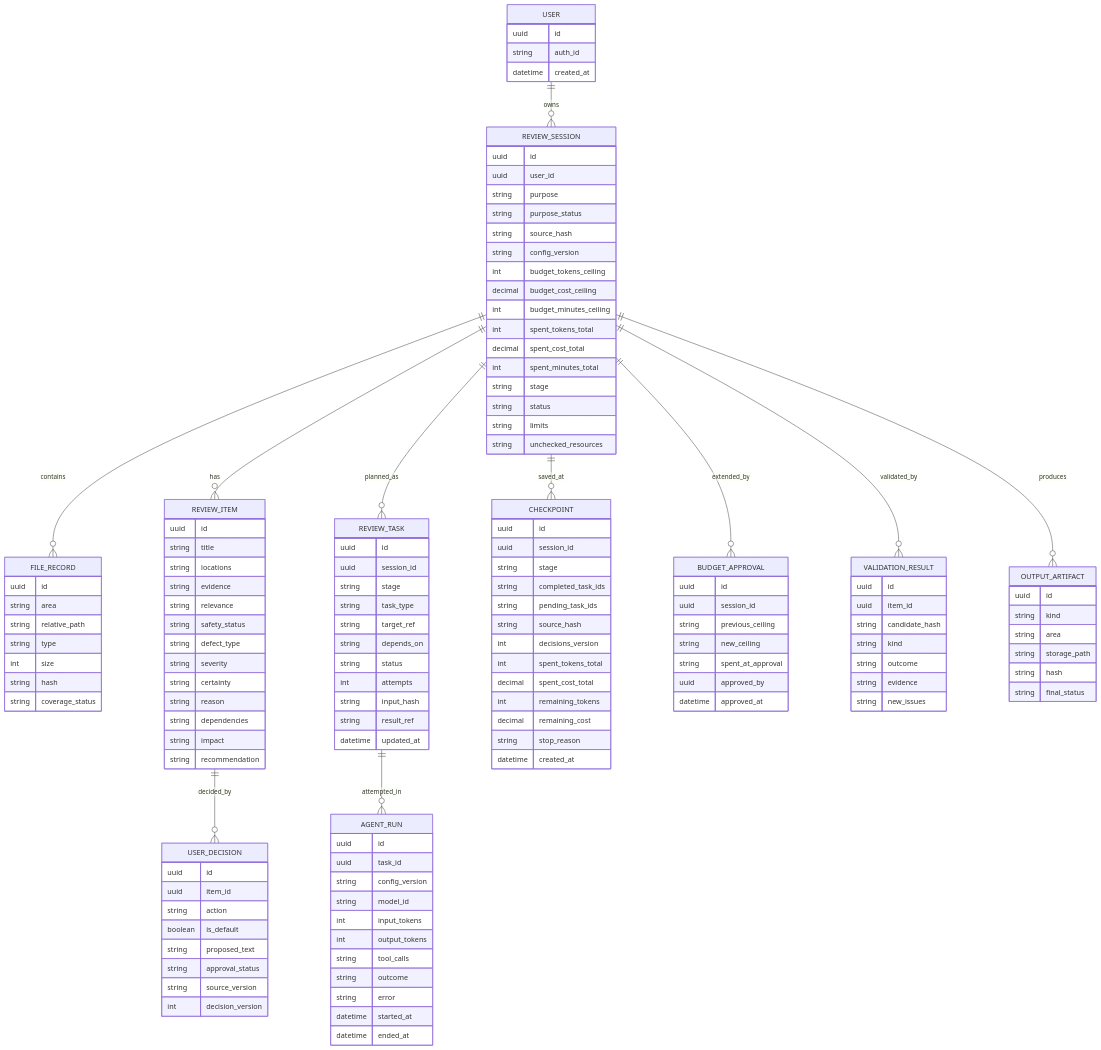
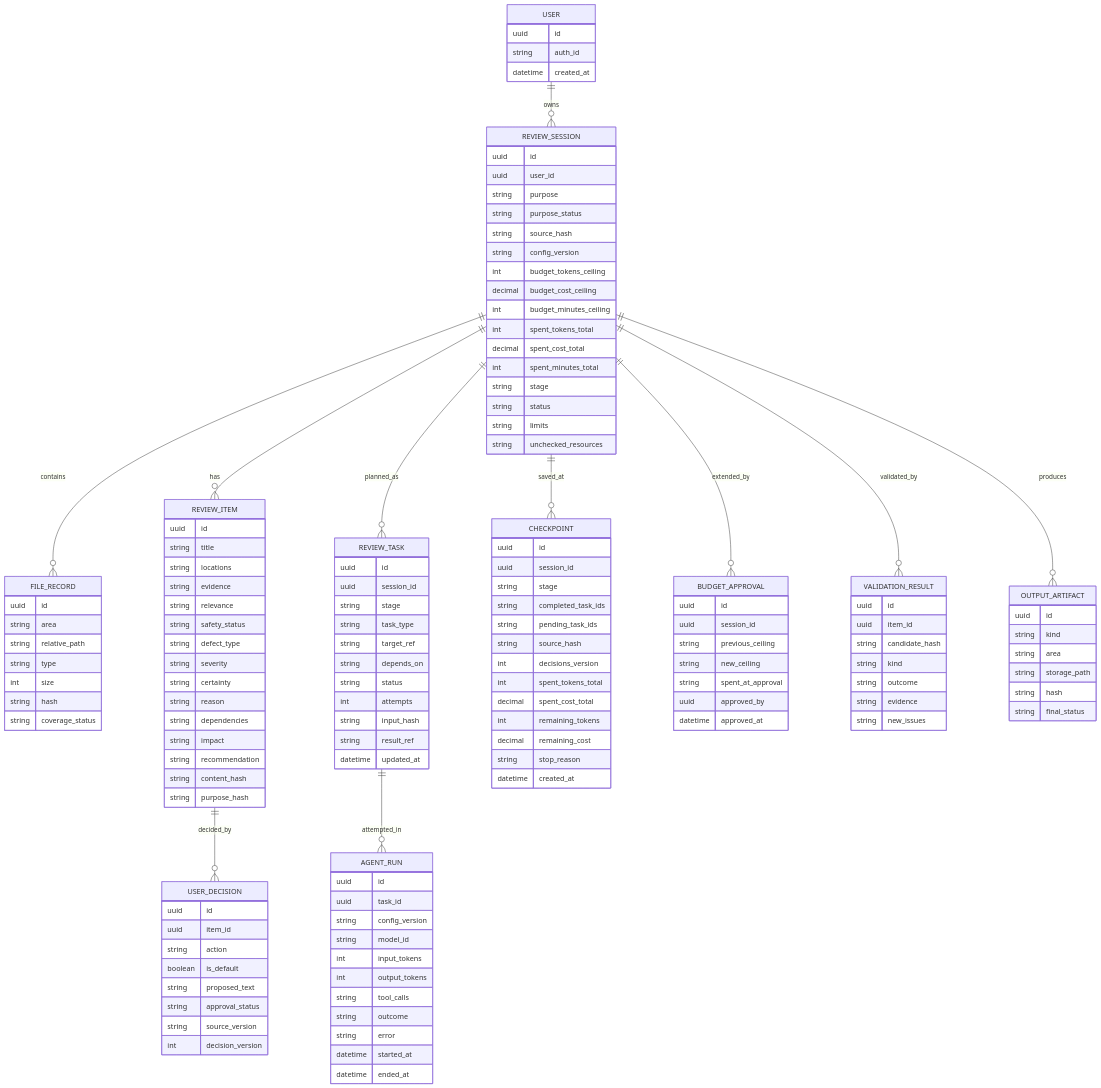
The third of 5 diagrams in Architecture.md (roee-aido/Skill-Validator), drawn with Mermaid before and after one commit. The commit also changed other lines of this file and 9 other files, not shown here.

```diff
--- a/Architecture.md
+++ b/Architecture.md
@@ -426,6 +426,8 @@
         string dependencies
         string impact
         string recommendation
+        string content_hash
+        string purpose_hash
     }
     USER_DECISION {
         uuid id
```
